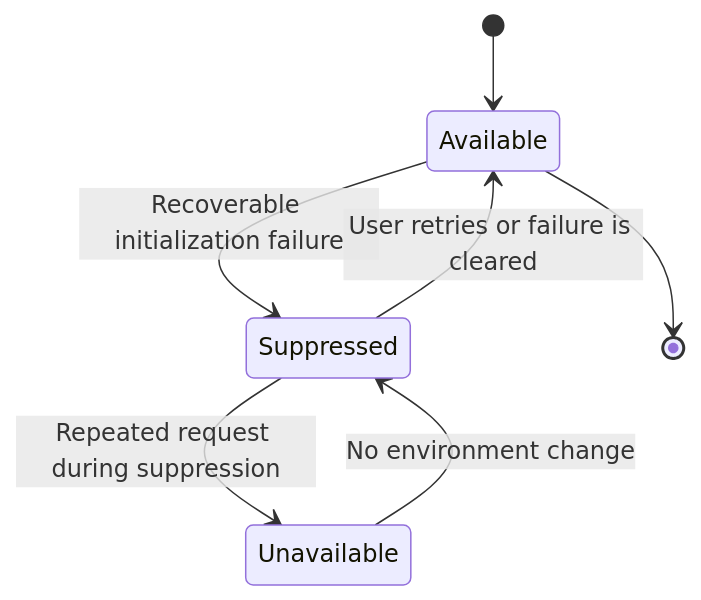
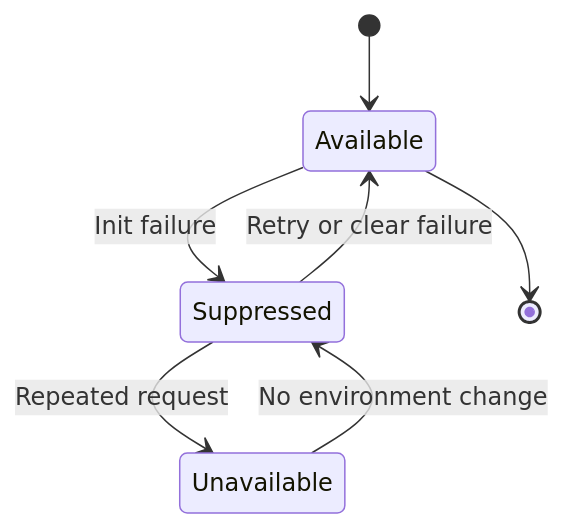
Before and after one commit to FancyCorey/komikku-KMK: the third of 4 diagrams in docs/kmk/feature-guides/handling-source-and-extension-failures.md, drawn with Mermaid. The commit also changed 9 other files, not shown here.

Commit message:
Improve Mermaid diagram readability

````diff
--- a/docs/kmk/feature-guides/handling-source-and-extension-failures.md
+++ b/docs/kmk/feature-guides/handling-source-and-extension-failures.md
@@ -47,9 +47,9 @@
 ```mermaid
 stateDiagram-v2
     [*] --> Available
-    Available --> Suppressed: Recoverable initialization failure
-    Suppressed --> Unavailable: Repeated request during suppression
+    Available --> Suppressed: Init failure
+    Suppressed --> Unavailable: Repeated request
     Unavailable --> Suppressed: No environment change
-    Suppressed --> Available: User retries or failure is cleared
+    Suppressed --> Available: Retry or clear failure
     Available --> [*]
 ```
````
